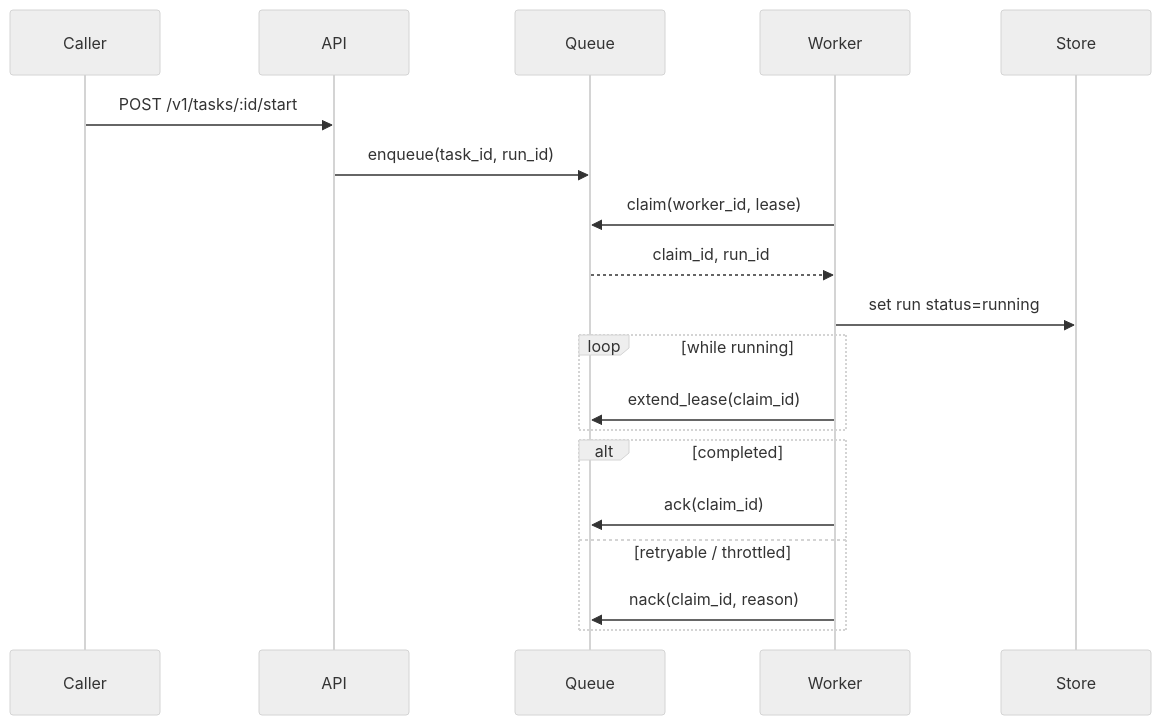
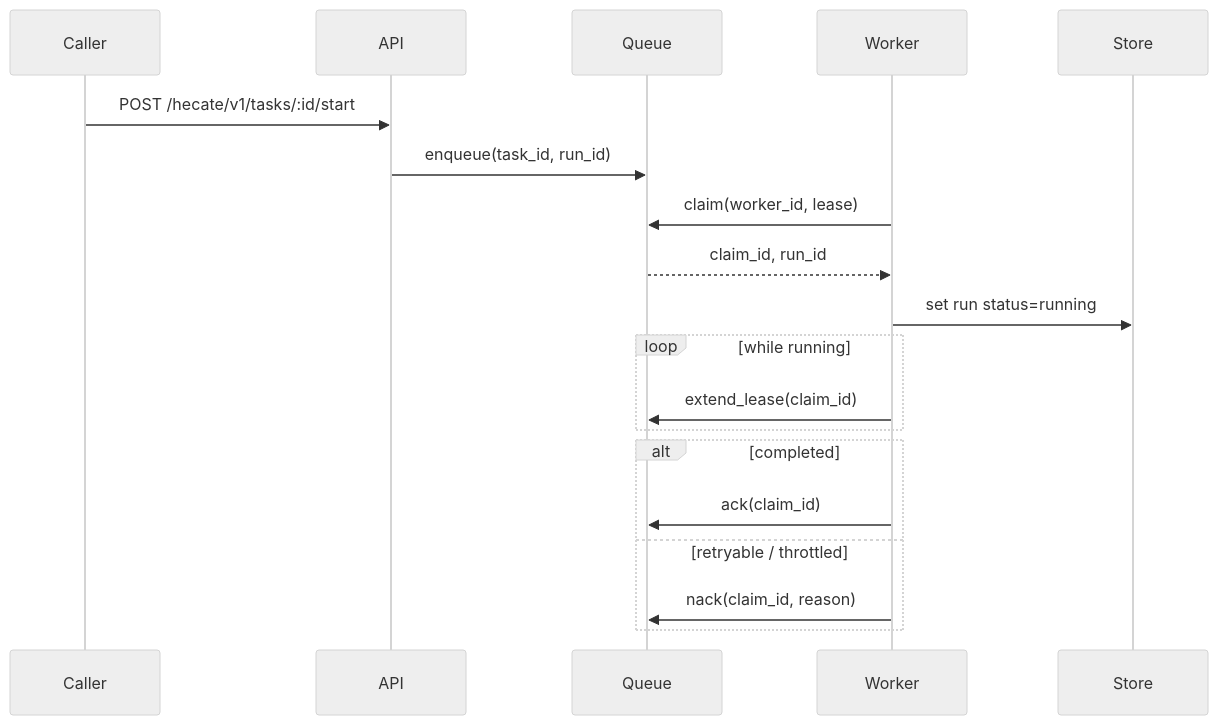
Before and after one commit to hecatehq/hecate: the diagram in docs/runtime-api.md, drawn with Mermaid (neutral theme). The commit also changed other lines of this file and 75 other files, not shown here.

First line of the commit message:
feat(api): move Hecate endpoints under /hecate/v1

````diff
--- a/docs/runtime-api.md
+++ b/docs/runtime-api.md
@@ -227,21 +227,21 @@
 ```mermaid
 sequenceDiagram
     participant Caller
     participant API
     participant Queue
     participant Worker
     participant Store
-    Caller->>API: POST /v1/tasks/:id/start
+    Caller->>API: POST /hecate/v1/tasks/:id/start
     API->>Queue: enqueue(task_id, run_id)
     Worker->>Queue: claim(worker_id, lease)
     Queue-->>Worker: claim_id, run_id
     Worker->>Store: set run status=running
     loop while running
       Worker->>Queue: extend_lease(claim_id)
     end
     alt completed
       Worker->>Queue: ack(claim_id)
     else retryable / throttled
       Worker->>Queue: nack(claim_id, reason)
     end
 ```
````
